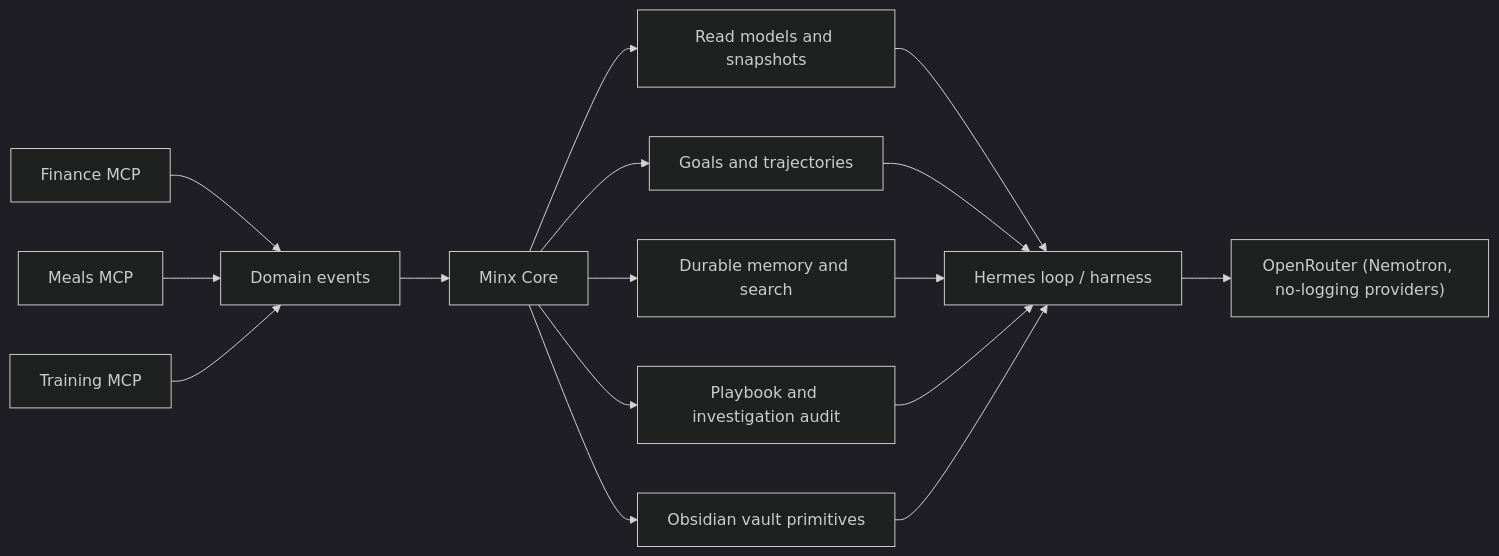
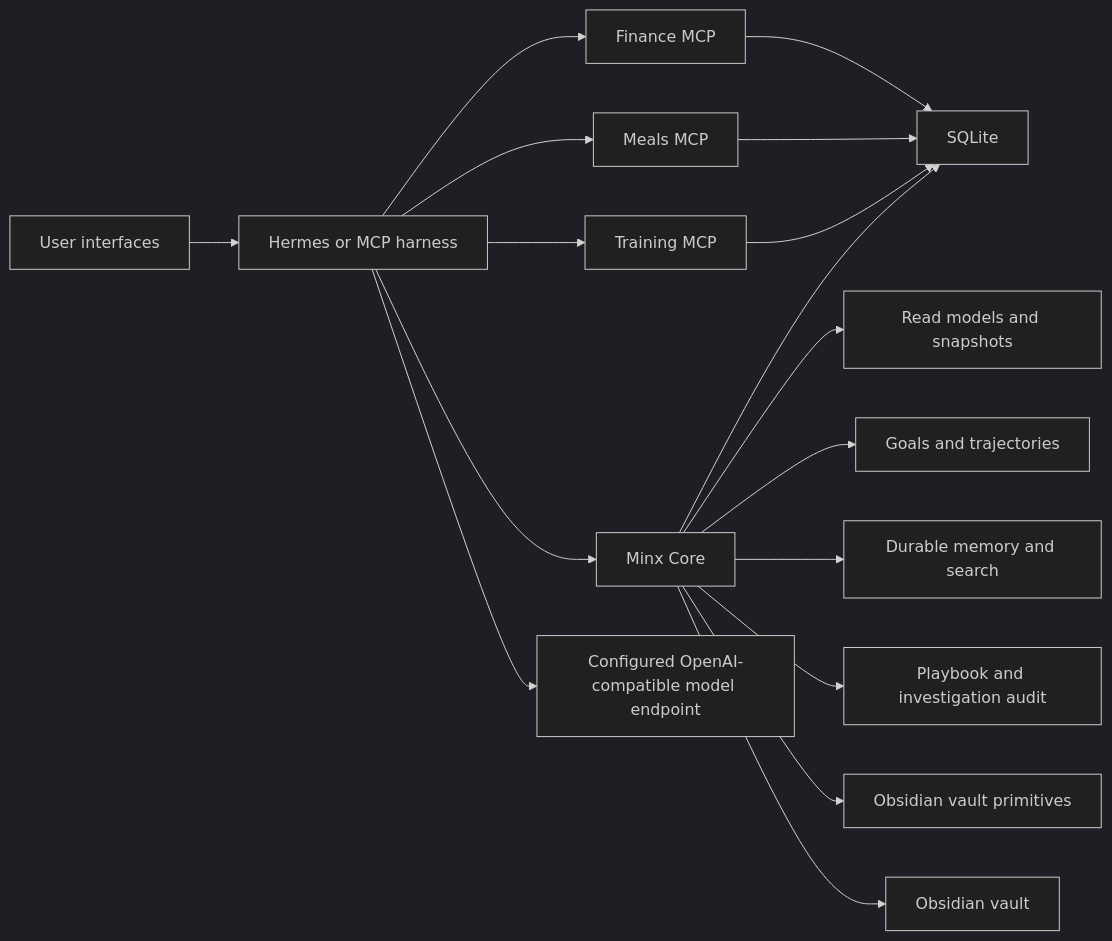
The diagram in README.md (akminx/minx), drawn with Mermaid (dark theme) before and after one commit. The commit also changed other lines of this file and 34 other files, not shown here.

````diff
--- a/README.md
+++ b/README.md
@@ -38,18 +39,19 @@
 ```mermaid
 flowchart LR
-    F["Finance MCP"] --> E["Domain events"]
-    M["Meals MCP"] --> E
-    T["Training MCP"] --> E
-    E --> C["Minx Core"]
+    U["User interfaces"] --> H["Hermes or MCP harness"]
+    H --> F["Finance MCP"]
+    H --> M["Meals MCP"]
+    H --> T["Training MCP"]
+    H --> C["Minx Core"]
     C --> R["Read models and snapshots"]
     C --> G["Goals and trajectories"]
     C --> MEM["Durable memory and search"]
     C --> A["Playbook and investigation audit"]
     C --> V["Obsidian vault primitives"]
-    R --> H["Hermes loop / harness"]
-    G --> H
-    MEM --> H
-    A --> H
-    V --> H
-    H --> LLM["OpenRouter (Nemotron, no-logging providers)"]
+    F --> DB["SQLite"]
+    M --> DB
+    T --> DB
+    C --> DB
+    C --> VAULT["Obsidian vault"]
+    H --> LLM["Configured OpenAI-compatible model endpoint"]
 ```
````
